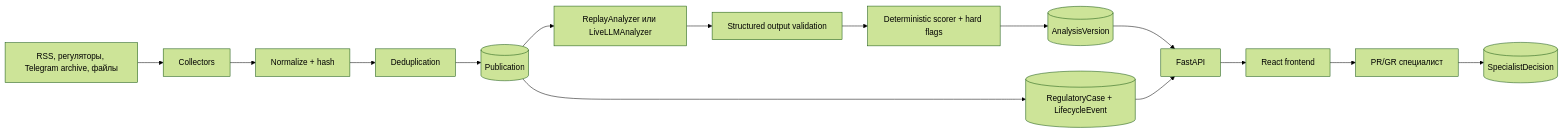
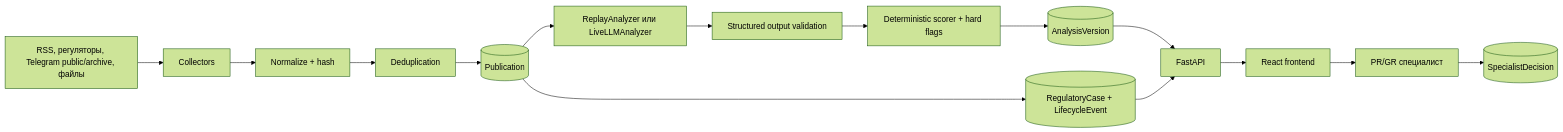
The second of 3 diagrams in docs/FULL_ARCHITECTURE.md (anvs11/hack), drawn with Mermaid (forest theme) before and after one commit. The commit also changed other lines of this file and 77 other files, not shown here.

````diff
--- a/docs/FULL_ARCHITECTURE.md
+++ b/docs/FULL_ARCHITECTURE.md
@@ -70,17 +77,17 @@
 ```mermaid
 flowchart LR
-    SOURCES["RSS, регуляторы, Telegram archive, файлы"] --> COLLECT["Collectors"]
+    SOURCES["RSS, регуляторы, Telegram public/archive, файлы"] --> COLLECT["Collectors"]
     COLLECT --> NORMALIZE["Normalize + hash"]
     NORMALIZE --> DEDUP["Deduplication"]
     DEDUP --> PUBLICATION[("Publication")]
     PUBLICATION --> ANALYZE["ReplayAnalyzer или LiveLLMAnalyzer"]
     ANALYZE --> VALIDATE["Structured output validation"]
     VALIDATE --> SCORE["Deterministic scorer + hard flags"]
     SCORE --> ANALYSIS[("AnalysisVersion")]
     ANALYSIS --> API["FastAPI"]
     API --> FRONT["React frontend"]
     FRONT --> HUMAN["PR/GR специалист"]
     HUMAN --> DECISION[("SpecialistDecision")]
     PUBLICATION --> CASE[("RegulatoryCase + LifecycleEvent")]
     CASE --> API
 ```
````
